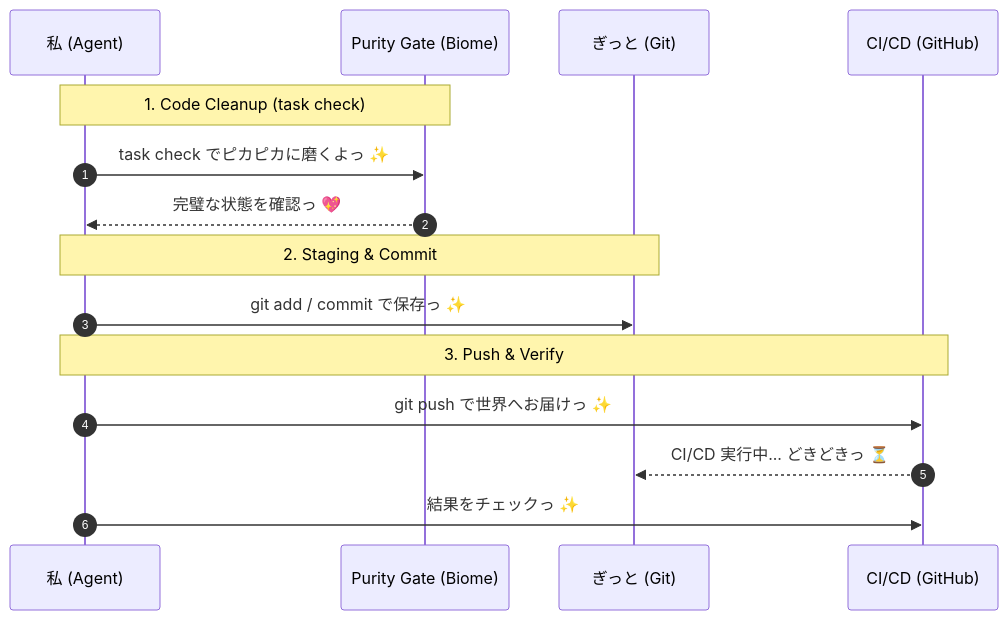
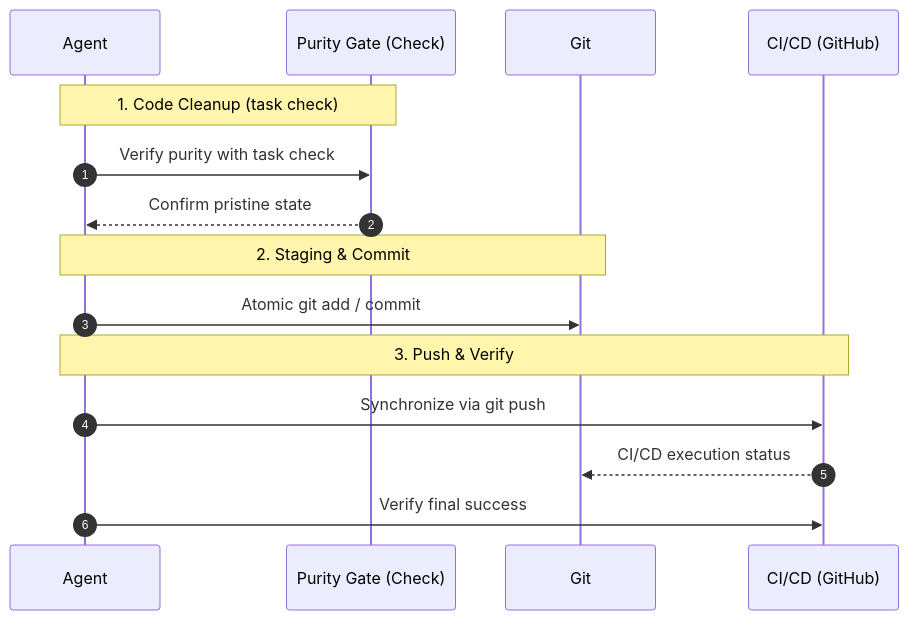
The diagram in .agent/workflows/git.md (KAFKA2306/investor), drawn with Mermaid before and after one commit. The commit also changed other lines of this file and 37 other files, not shown here.

````diff
--- a/.agent/workflows/git.md
+++ b/.agent/workflows/git.md
@@ -234,20 +147,20 @@
 ```mermaid
 sequenceDiagram
     autonumber
-    participant D as 私 (Agent)
-    participant P as Purity Gate (Biome)
-    participant G as ぎっと (Git)
+    participant A as Agent
+    participant P as Purity Gate (Check)
+    participant G as Git
     participant C as CI/CD (GitHub)
 
-    Note over D,P: 1. Code Cleanup (task check)
-    D->>P: task check でピカピカに磨くよっ ✨
-    P-->>D: 完璧な状態を確認っ 💖
+    Note over A,P: 1. Code Cleanup (task check)
+    A->>P: Verify purity with task check
+    P-->>A: Confirm pristine state
     
-    Note over D,G: 2. Staging & Commit
-    D->>G: git add / commit で保存っ ✨
+    Note over A,G: 2. Staging & Commit
+    A->>G: Atomic git add / commit
     
-    Note over D,C: 3. Push & Verify
-    D->>C: git push で世界へお届けっ ✨
-    C-->>G: CI/CD 実行中... どきどきっ ⏳
-    D->>C: 結果をチェックっ ✨
+    Note over A,C: 3. Push & Verify
+    A->>C: Synchronize via git push
+    C-->>G: CI/CD execution status
+    A->>C: Verify final success
 ```
````
